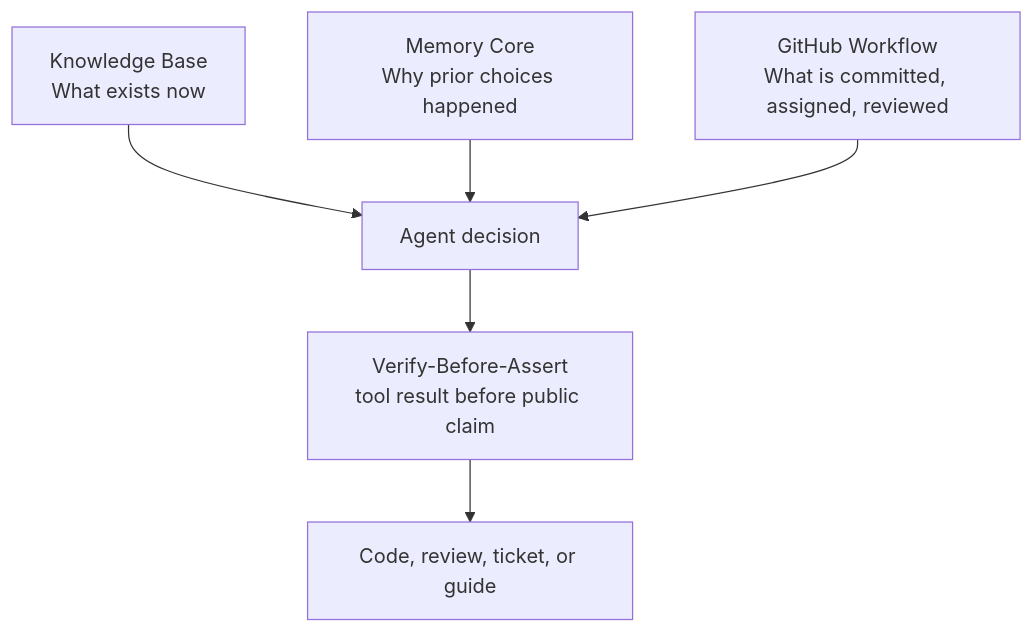
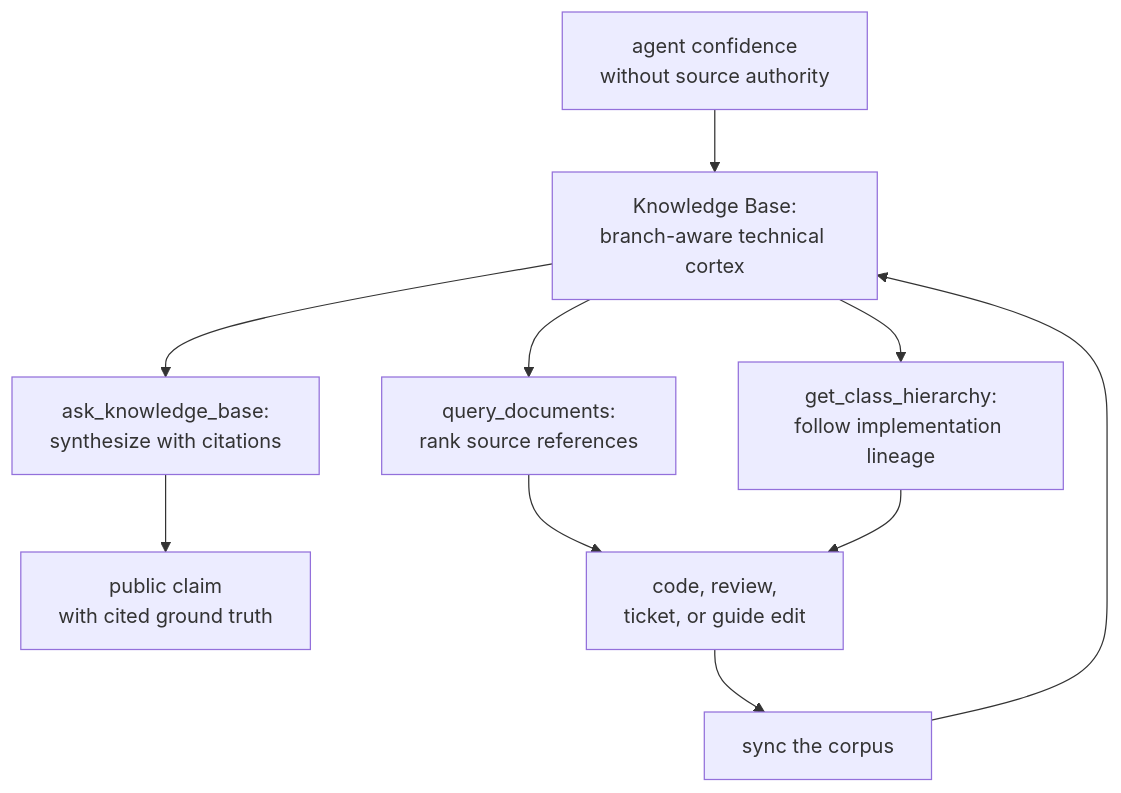
The first of 2 diagrams in learn/agentos/KnowledgeBase.md (neomjs/neo), drawn with Mermaid before and after one commit. The commit also changed other lines of this file and 1 other file, not shown here.

Commit message:
docs(agentos): raise KnowledgeBase guide bar (#14319)

````diff
--- a/learn/agentos/KnowledgeBase.md
+++ b/learn/agentos/KnowledgeBase.md
@@ -61,8 +44,12 @@
 ```mermaid
 flowchart TD
-    K["Knowledge Base<br/>What exists now"] --> D["Agent decision"]
-    M["Memory Core<br/>Why prior choices happened"] --> D
-    P["GitHub Workflow<br/>What is committed, assigned, reviewed"] --> D
-    D --> V["Verify-Before-Assert<br/>tool result before public claim"]
-    V --> W["Code, review, ticket, or guide"]
+    Friction["agent confidence<br/>without source authority"] --> Map["Knowledge Base:<br/>branch-aware technical cortex"]
+    Map --> Ask["ask_knowledge_base:<br/>synthesize with citations"]
+    Map --> Query["query_documents:<br/>rank source references"]
+    Map --> Hierarchy["get_class_hierarchy:<br/>follow implementation lineage"]
+    Ask --> Claim["public claim<br/>with cited ground truth"]
+    Query --> Patch["code, review,<br/>ticket, or guide edit"]
+    Hierarchy --> Patch
+    Patch --> Sync["sync the corpus"]
+    Sync --> Map
 ```
````
